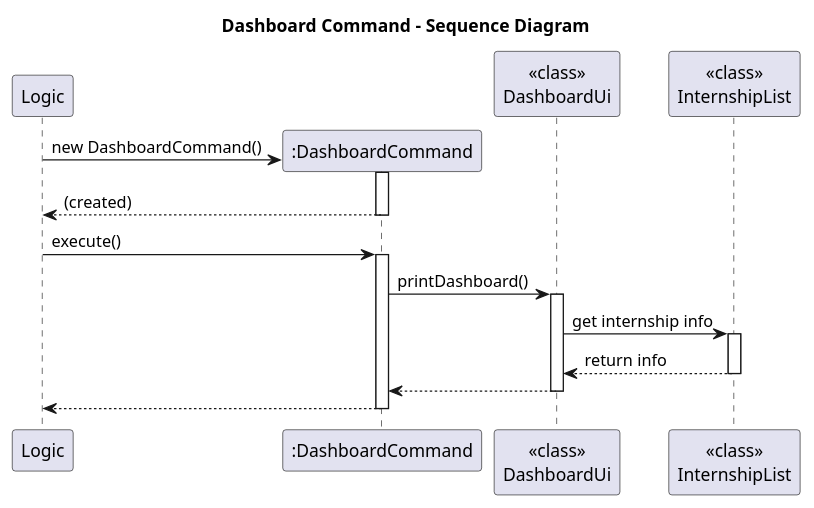
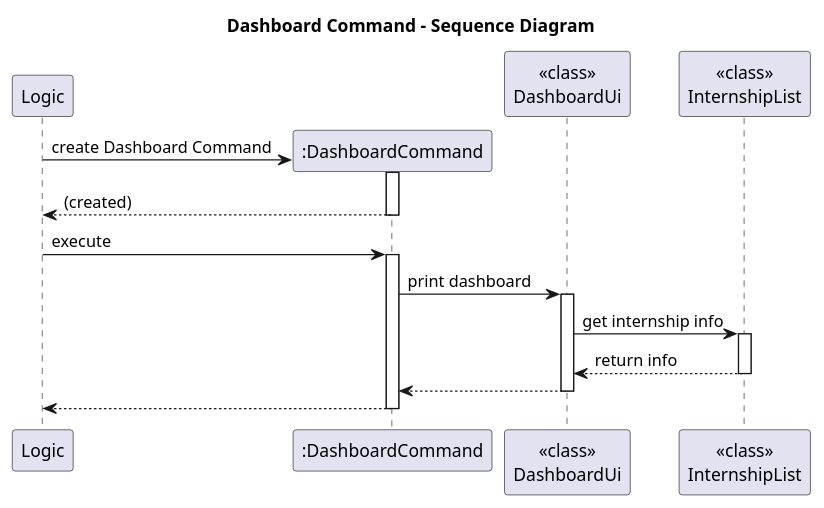
One commit to AY2526S1-CS2113-W14-4/tp changed the diagram in docs/diagrams/DashboardCommandSD.puml. Above: the diagram before and after it, drawn with PlantUML. The commit also changed 1 other file, not shown here.

Commit message:
Standardize english in Dashboard SD

```diff
--- a/docs/diagrams/DashboardCommandSD.puml
+++ b/docs/diagrams/DashboardCommandSD.puml
@@ -1,29 +1,29 @@
 @startuml
 title Dashboard Command - Sequence Diagram
 
 participant Logic
 create ":DashboardCommand" as DC
 participant "<<class>>\nDashboardUi" as DUi
 participant "<<class>>\nInternshipList" as IL
 
-Logic -> DC** : new DashboardCommand()
+Logic -> DC** : create Dashboard Command
 activate DC
 return (created)
 
-Logic -> DC : execute()
+Logic -> DC : execute
 activate DC
 
-DC -> DUi : printDashboard()
+DC -> DUi : print dashboard
 activate DUi
 
 DUi -> IL : get internship info
 activate IL
 IL --> DUi : return info
 deactivate IL
 
 DUi --> DC
 deactivate DUi
 
 DC --> Logic
 deactivate DC
 @enduml
```
